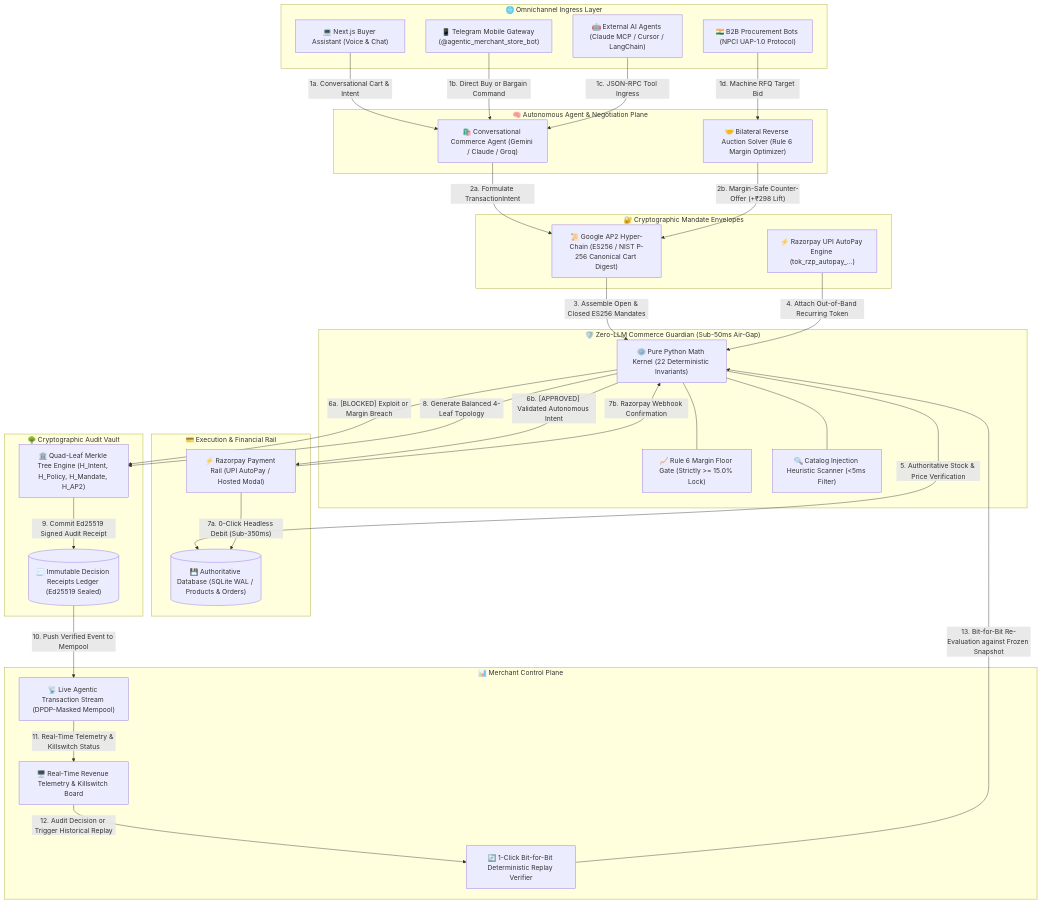
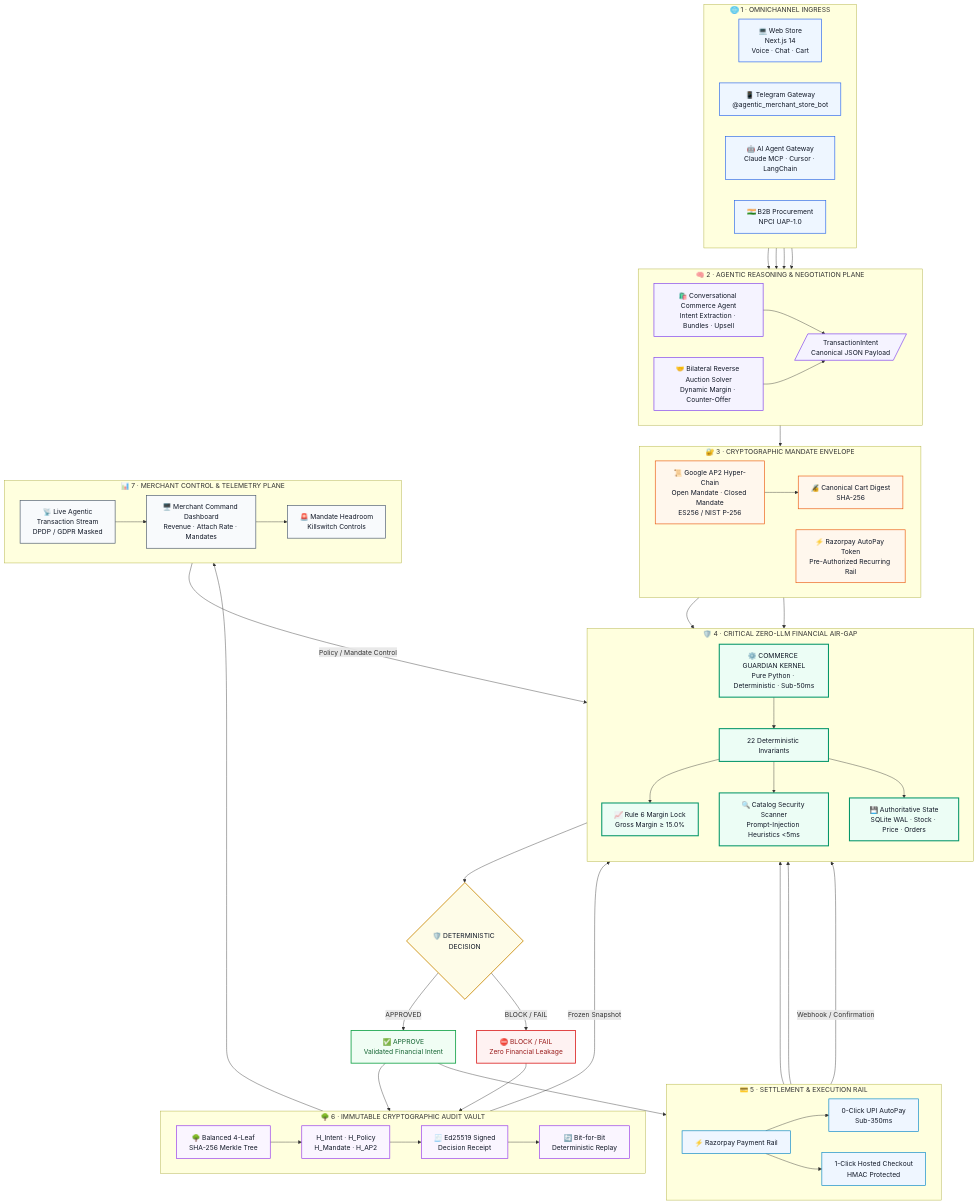
One commit to Benny45123/agentic-merchant-os changed the diagram in readme.md. Above: the diagram before and after it, drawn with Mermaid.

Commit message:
Update system architecture diagram in README

````diff
--- a/readme.md
+++ b/readme.md
@@ -805,102 +805,207 @@
 ```mermaid
-graph TD
-    %% -------------------------------------------------------------
-    %% 1. Omnichannel Ingress Layer
-    %% -------------------------------------------------------------
-    subgraph INGRESS ["🌐 Omnichannel Ingress Layer"]
-        WebClient["💻 Next.js Buyer Assistant (Voice & Chat)"]
-        TgClient["📱 Telegram Mobile Gateway (@agentic_merchant_store_bot)"]
-        ClaudeClient["🤖 External AI Agents (Claude MCP / Cursor / LangChain)"]
-        UapClient["🇮🇳 B2B Procurement Bots (NPCI UAP-1.0 Protocol)"]
+flowchart TB
+
+    %% ============================================================
+    %% AGENTIC MERCHANT OS — CRYPTOGRAPHIC RUNTIME ARCHITECTURE
+    %% ============================================================
+
+    %% ------------------------------------------------------------
+    %% 1. OMNICHANNEL INGRESS
+    %% ------------------------------------------------------------
+    subgraph L1["🌐 1 · OMNICHANNEL INGRESS"]
+        direction LR
+
+        WEB["💻 Web Store<br/>Next.js 14<br/>Voice · Chat · Cart"]
+        TG["📱 Telegram Gateway<br/>@agentic_merchant_store_bot"]
+        MCP["🤖 AI Agent Gateway<br/>Claude MCP · Cursor · LangChain"]
+        UAP["🇮🇳 B2B Procurement<br/>NPCI UAP-1.0"]
     end
 
-    %% -------------------------------------------------------------
-    %% 2. Autonomous Agent & Negotiation Layer
-    %% -------------------------------------------------------------
-    subgraph AGENT_LAYER ["🧠 Autonomous Agent & Negotiation Plane"]
-        CommerceAgent["🛍️ Conversational Commerce Agent (Gemini / Claude / Groq)"]
-        AuctionEngine["🤝 Bilateral Reverse Auction Solver (Rule 6 Margin Optimizer)"]
+    %% ------------------------------------------------------------
+    %% 2. AGENTIC REASONING
+    %% ------------------------------------------------------------
+    subgraph L2["🧠 2 · AGENTIC REASONING & NEGOTIATION PLANE"]
+        direction LR
+
+        COMMERCE["🛍️ Conversational Commerce Agent<br/>Intent Extraction · Bundles · Upsell"]
+        AUCTION["🤝 Bilateral Reverse Auction Solver<br/>Dynamic Margin · Counter-Offer"]
+        
+        INTENT[/"TransactionIntent<br/>Canonical JSON Payload"/]
     end
 
-    %% -------------------------------------------------------------
-    %% 3. Cryptographic Mandate & Delegation
-    %% -------------------------------------------------------------
-    subgraph CRYPTO_LAYER ["🔐 Cryptographic Mandate Envelopes"]
-        AP2Engine["📜 Google AP2 Hyper-Chain (ES256 / NIST P-256 Canonical Cart Digest)"]
-        AutoPayToken["⚡ Razorpay UPI AutoPay Engine (tok_rzp_autopay_...)"]
+    %% ------------------------------------------------------------
+    %% 3. CRYPTOGRAPHIC AUTHORIZATION
+    %% ------------------------------------------------------------
+    subgraph L3["🔐 3 · CRYPTOGRAPHIC MANDATE ENVELOPE"]
+        direction LR
+
+        AP2["📜 Google AP2 Hyper-Chain<br/>Open Mandate · Closed Mandate<br/>ES256 / NIST P-256"]
+
+        CART["🔏 Canonical Cart Digest<br/>SHA-256"]
+
+        TOKEN["⚡ Razorpay AutoPay Token<br/>Pre-Authorized Recurring Rail"]
     end
 
-    %% -------------------------------------------------------------
-    %% 4. Deterministic Financial Air-Gap (Rule 6)
-    %% -------------------------------------------------------------
-    subgraph GUARDIAN ["🛡️ Zero-LLM Commerce Guardian (Sub-50ms Air-Gap)"]
-        InvariantEngine["⚙️ Pure Python Math Kernel (22 Deterministic Invariants)"]
-        MarginLock["📈 Rule 6 Margin Floor Gate (Strictly >= 15.0% Lock)"]
-        SecurityScanner["🔍 Catalog Injection Heuristic Scanner (<5ms Filter)"]
+    %% ------------------------------------------------------------
+    %% 4. FINANCIAL AIR-GAP
+    %% ------------------------------------------------------------
+    subgraph L4["🛡️ 4 · CRITICAL ZERO-LLM FINANCIAL AIR-GAP"]
+        direction TB
+
+        GUARDIAN["⚙️ COMMERCE GUARDIAN KERNEL<br/>Pure Python · Deterministic · Sub-50ms"]
+
+        RULES["22 Deterministic Invariants"]
+
+        MARGIN["📈 Rule 6 Margin Lock<br/>Gross Margin ≥ 15.0%"]
+
+        SECURITY["🔍 Catalog Security Scanner<br/>Prompt-Injection Heuristics <5ms"]
+
+        STATE["💾 Authoritative State<br/>SQLite WAL · Stock · Price · Orders"]
     end
 
-    %% -------------------------------------------------------------
-    %% 5. Authoritative State & Settlement Rail
-    %% -------------------------------------------------------------
-    subgraph SETTLEMENT ["💳 Execution & Financial Rail"]
-        Razorpay["⚡ Razorpay Payment Rail (UPI AutoPay / Hosted Modal)"]
-        DB[("💾 Authoritative Database (SQLite WAL / Products & Orders)")]
+    %% ------------------------------------------------------------
+    %% 5. DECISION GATE
+    %% ------------------------------------------------------------
+    DECISION{"🛡️ DETERMINISTIC DECISION"}
+
+    APPROVE["✅ APPROVE<br/>Validated Financial Intent"]
+    BLOCK["⛔ BLOCK / FAIL<br/>Zero Financial Leakage"]
+
+    %% ------------------------------------------------------------
+    %% 6. SETTLEMENT
+    %% ------------------------------------------------------------
+    subgraph L5["💳 5 · SETTLEMENT & EXECUTION RAIL"]
+        direction LR
+
+        RAZORPAY["⚡ Razorpay Payment Rail"]
+
+        AUTOPAY["0-Click UPI AutoPay<br/>Sub-350ms"]
+
+        HOSTED["1-Click Hosted Checkout<br/>HMAC Protected"]
     end
 
-    %% -------------------------------------------------------------
-    %% 6. Cryptographic Audit & Replay Vault
-    %% -------------------------------------------------------------
-    subgraph AUDIT ["🌳 Cryptographic Audit Vault"]
-        MerkleTree["🏛️ Quad-Leaf Merkle Tree Engine (H_Intent, H_Policy, H_Mandate, H_AP2)"]
-        ReceiptStore[("🧾 Immutable Decision Receipts Ledger (Ed25519 Sealed)")]
+    %% ------------------------------------------------------------
+    %% 7. CRYPTOGRAPHIC AUDIT
+    %% ------------------------------------------------------------
+    subgraph L6["🌳 6 · IMMUTABLE CRYPTOGRAPHIC AUDIT VAULT"]
+        direction LR
+
+        MERKLE["🌳 Balanced 4-Leaf<br/>SHA-256 Merkle Tree"]
+
+        LEAVES["H_Intent · H_Policy<br/>H_Mandate · H_AP2"]
+
+        RECEIPT["🧾 Ed25519 Signed<br/>Decision Receipt"]
+
+        REPLAY["🔄 Bit-for-Bit<br/>Deterministic Replay"]
     end
 
-    %% -------------------------------------------------------------
-    %% 7. Merchant Control Plane
-    %% -------------------------------------------------------------
-    subgraph CONTROL_PLANE ["📊 Merchant Control Plane"]
-        Dashboard["🖥️ Real-Time Revenue Telemetry & Killswitch Board"]
-        LiveStream["📡 Live Agentic Transaction Stream (DPDP-Masked Mempool)"]
-        ReplayEngine["🔄 1-Click Bit-for-Bit Deterministic Replay Verifier"]
+    %% ------------------------------------------------------------
+    %% 8. MERCHANT CONTROL PLANE
+    %% ------------------------------------------------------------
+    subgraph L7["📊 7 · MERCHANT CONTROL & TELEMETRY PLANE"]
+        direction LR
+
+        STREAM["📡 Live Agentic<br/>Transaction Stream<br/>DPDP / GDPR Masked"]
+
+        DASH["🖥️ Merchant Command Dashboard<br/>Revenue · Attach Rate · Mandates"]
+
+        KILL["🚨 Mandate Headroom<br/>Killswitch Controls"]
     end
 
-    %% -------------------------------------------------------------
-    %% Transaction Flow Connections
-    %% -------------------------------------------------------------
-    %% Step 1: Ingress to Agents
-    WebClient -->|"1a. Conversational Cart & Intent"| CommerceAgent
-    TgClient -->|"1b. Direct Buy or Bargain Command"| CommerceAgent
-    ClaudeClient -->|"1c. JSON-RPC Tool Ingress"| CommerceAgent
-    UapClient -->|"1d. Machine RFQ Target Bid"| AuctionEngine
 
-    %% Step 2: Agent formulation
-    CommerceAgent -->|"2a. Formulate TransactionIntent"| AP2Engine
-    AuctionEngine -->|"2b. Margin-Safe Counter-Offer (+₹298 Lift)"| AP2Engine
+    %% ============================================================
+    %% PRIMARY TRANSACTION SPINE
+    %% ============================================================
 
-    %% Step 3: Cryptographic Mandate Assembly
-    AP2Engine -->|"3. Assemble Open & Closed ES256 Mandates"| InvariantEngine
-    AutoPayToken -->|"4. Attach Out-of-Band Recurring Token"| InvariantEngine
+    WEB --> COMMERCE
+    TG --> COMMERCE
+    MCP --> COMMERCE
+    UAP --> AUCTION
 
-    %% Step 4: Guardian Evaluation
-    InvariantEngine --- MarginLock
-    InvariantEngine --- SecurityScanner
-    InvariantEngine -->|"5. Authoritative Stock & Price Verification"| DB
+    COMMERCE --> INTENT
+    AUCTION --> INTENT
 
-    %% Step 5: Dual Execution Paths (Decision Gate)
-    InvariantEngine -->|"6a. [BLOCKED] Exploit or Margin Breach"| MerkleTree
-    InvariantEngine -->|"6b. [APPROVED] Validated Autonomous Intent"| Razorpay
+    INTENT --> AP2
 
-    %% Step 6: Payment Execution
-    Razorpay -->|"7a. 0-Click Headless Debit (Sub-350ms)"| DB
-    Razorpay -->|"7b. Razorpay Webhook Confirmation"| InvariantEngine
+    AP2 --> CART
+    CART --> GUARDIAN
+    TOKEN --> GUARDIAN
 
-    %% Step 7: Cryptographic Sealing
-    InvariantEngine -->|"8. Generate Balanced 4-Leaf Topology"| MerkleTree
-    MerkleTree -->|"9. Commit Ed25519 Signed Audit Receipt"| ReceiptStore
+    GUARDIAN --> RULES
+    RULES --> MARGIN
+    RULES --> SECURITY
+    RULES --> STATE
 
-    %% Step 8: Telemetry & Merchant Control
-    ReceiptStore -->|"10. Push Verified Event to Mempool"| LiveStream
-    LiveStream -->|"11. Real-Time Telemetry & Killswitch Status"| Dashboard
-    Dashboard -->|"12. Audit Decision or Trigger Historical Replay"| ReplayEngine
-    ReplayEngine -->|"13. Bit-for-Bit Re-Evaluation against Frozen Snapshot"| InvariantEngine
+    GUARDIAN --> DECISION
+
+    DECISION -->|APPROVED| APPROVE
+    DECISION -->|BLOCK / FAIL| BLOCK
+
+
+    %% ============================================================
+    %% APPROVED FINANCIAL EXECUTION
+    %% ============================================================
+
+    APPROVE --> RAZORPAY
+
+    RAZORPAY --> AUTOPAY
+    RAZORPAY --> HOSTED
+
+    AUTOPAY --> STATE
+    HOSTED --> STATE
+
+    RAZORPAY -->|Webhook / Confirmation| GUARDIAN
+
+
+    %% ============================================================
+    %% BLOCK + APPROVED → AUDIT
+    %% ============================================================
+
+    BLOCK --> MERKLE
+    APPROVE --> MERKLE
+
+    MERKLE --> LEAVES
+    LEAVES --> RECEIPT
+
+    RECEIPT --> REPLAY
+
+    REPLAY -->|Frozen Snapshot| GUARDIAN
+
+
+    %% ============================================================
+    %% TELEMETRY / CONTROL
+    %% ============================================================
+
+    RECEIPT --> STREAM
+    STREAM --> DASH
+
+    DASH --> KILL
+    KILL -->|Policy / Mandate Control| GUARDIAN
+
+
+    %% ============================================================
+    %% VISUAL EMPHASIS
+    %% ============================================================
+
+    classDef ingress fill:#eef6ff,stroke:#2563eb,stroke-width:1.5px,color:#111827;
+    classDef agent fill:#f5f3ff,stroke:#7c3aed,stroke-width:1.5px,color:#111827;
+    classDef crypto fill:#fff7ed,stroke:#ea580c,stroke-width:1.5px,color:#111827;
+    classDef guardian fill:#ecfdf5,stroke:#059669,stroke-width:2.5px,color:#111827;
+    classDef decision fill:#fefce8,stroke:#ca8a04,stroke-width:2px,color:#111827;
+    classDef settlement fill:#eff6ff,stroke:#0284c7,stroke-width:1.5px,color:#111827;
+    classDef audit fill:#faf5ff,stroke:#9333ea,stroke-width:1.5px,color:#111827;
+    classDef control fill:#f8fafc,stroke:#475569,stroke-width:1.5px,color:#111827;
+    classDef blocked fill:#fef2f2,stroke:#dc2626,stroke-width:2px,color:#991b1b;
+    classDef approved fill:#f0fdf4,stroke:#16a34a,stroke-width:2px,color:#166534;
+
+    class WEB,TG,MCP,UAP ingress;
+    class COMMERCE,AUCTION,INTENT agent;
+    class AP2,CART,TOKEN crypto;
+    class GUARDIAN,RULES,MARGIN,SECURITY,STATE guardian;
+    class DECISION decision;
+    class APPROVE approved;
+    class BLOCK blocked;
+    class RAZORPAY,AUTOPAY,HOSTED settlement;
+    class MERKLE,LEAVES,RECEIPT,REPLAY audit;
+    class STREAM,DASH,KILL control;
 ```
````
